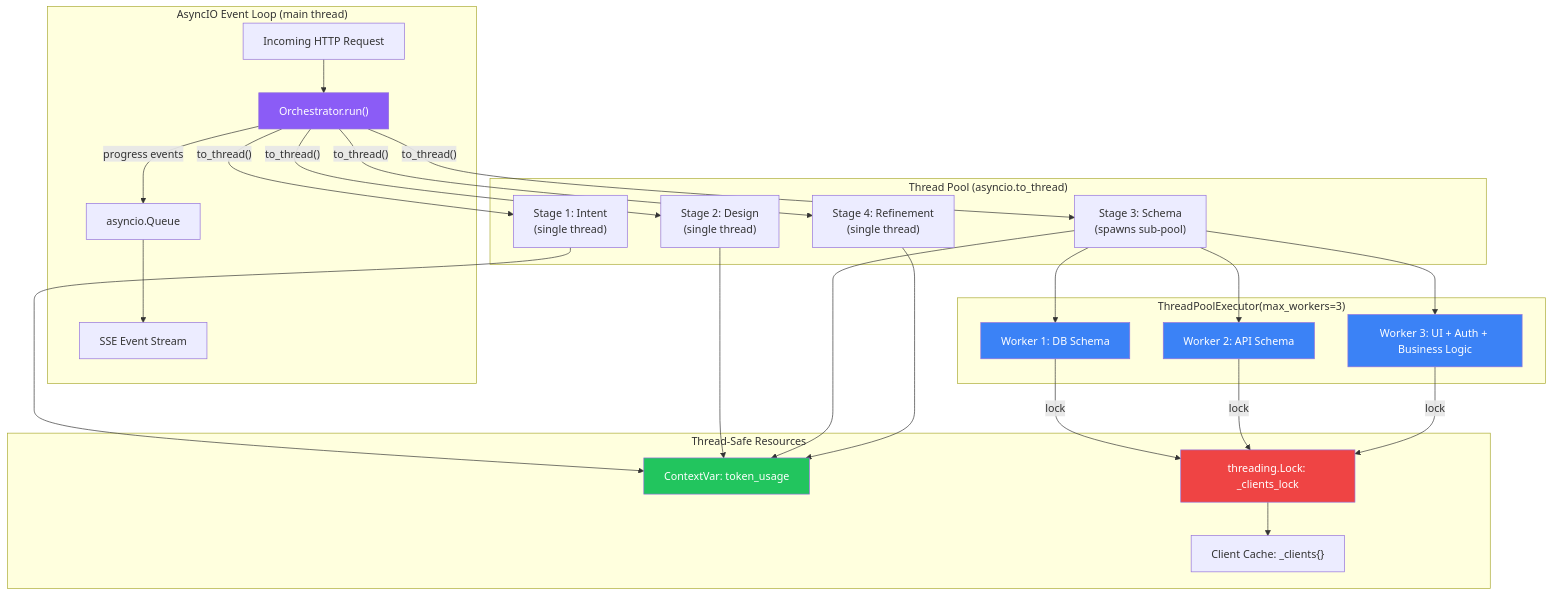
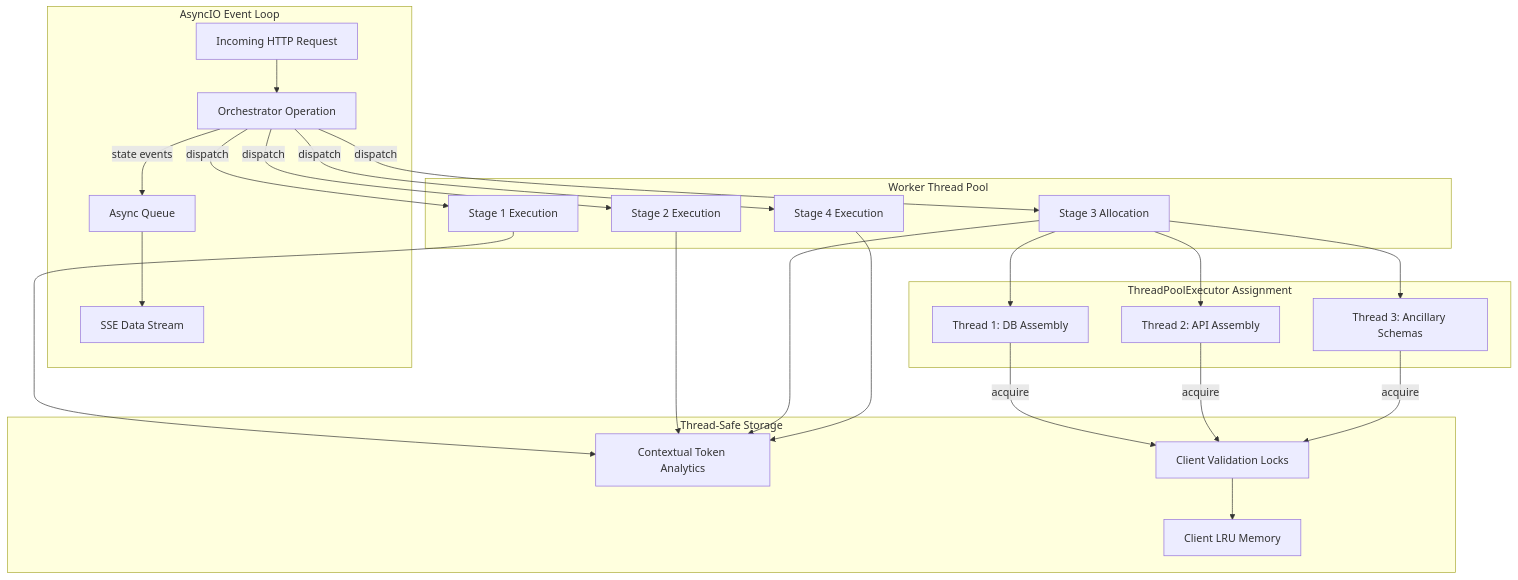
One commit to notsooamit/app-compiler changed diagram 15 of 19 in SOFTWARE_ARCHITECTURE.md. Above: the diagram before and after it, drawn with Mermaid. The commit also changed other lines of this file and 2 other files, not shown here.

````diff
--- a/SOFTWARE_ARCHITECTURE.md
+++ b/SOFTWARE_ARCHITECTURE.md
@@ -940,48 +817,41 @@
 ```mermaid
 graph TB
-    subgraph "AsyncIO Event Loop (main thread)"
+    subgraph "AsyncIO Event Loop"
         REQ["Incoming HTTP Request"]
-        ORCH["Orchestrator.run()"]
-        SSE["SSE Event Stream"]
-        QUEUE["asyncio.Queue"]
+        ORCH["Orchestrator Operation"]
+        SSE["SSE Data Stream"]
+        QUEUE["Async Queue"]
     end
     
-    subgraph "Thread Pool (asyncio.to_thread)"
-        S1["Stage 1: Intent<br/>(single thread)"]
-        S2["Stage 2: Design<br/>(single thread)"]
-        S3_MAIN["Stage 3: Schema<br/>(spawns sub-pool)"]
-        S4["Stage 4: Refinement<br/>(single thread)"]
+    subgraph "Worker Thread Pool"
+        S1["Stage 1 Execution"]
+        S2["Stage 2 Execution"]
+        S3_MAIN["Stage 3 Allocation"]
+        S4["Stage 4 Execution"]
     end
     
-    subgraph "ThreadPoolExecutor(max_workers=3)"
-        W1["Worker 1: DB Schema"]
-        W2["Worker 2: API Schema"]
-        W3["Worker 3: UI + Auth + Business Logic"]
+    subgraph "ThreadPoolExecutor Assignment"
+        W1["Thread 1: DB Assembly"]
+        W2["Thread 2: API Assembly"]
+        W3["Thread 3: Ancillary Schemas"]
     end
     
-    subgraph "Thread-Safe Resources"
-        CTX["ContextVar: token_usage"]
-        LOCK["threading.Lock: _clients_lock"]
-        CACHE["Client Cache: _clients{}"]
+    subgraph "Thread-Safe Storage"
+        CTX["Contextual Token Analytics"]
+        LOCK["Client Validation Locks"]
+        CACHE["Client LRU Memory"]
     end
     
     REQ --> ORCH
-    ORCH -->|"to_thread()"| S1
-    ORCH -->|"to_thread()"| S2
-    ORCH -->|"to_thread()"| S3_MAIN
-    ORCH -->|"to_thread()"| S4
+    ORCH -->|"dispatch"| S1
+    ORCH -->|"dispatch"| S2
+    ORCH -->|"dispatch"| S3_MAIN
+    ORCH -->|"dispatch"| S4
     
     S3_MAIN --> W1 & W2 & W3
     
-    ORCH -->|"progress events"| QUEUE --> SSE
+    ORCH -->|"state events"| QUEUE --> SSE
     
-    W1 & W2 & W3 -->|"lock"| LOCK --> CACHE
+    W1 & W2 & W3 -->|"acquire"| LOCK --> CACHE
     S1 & S2 & S3_MAIN & S4 --> CTX
-    
-    style ORCH fill:#8b5cf6,color:#fff
-    style LOCK fill:#ef4444,color:#fff
-    style CTX fill:#22c55e,color:#fff
-    style W1 fill:#3b82f6,color:#fff
-    style W2 fill:#3b82f6,color:#fff
-    style W3 fill:#3b82f6,color:#fff
 ```
````
